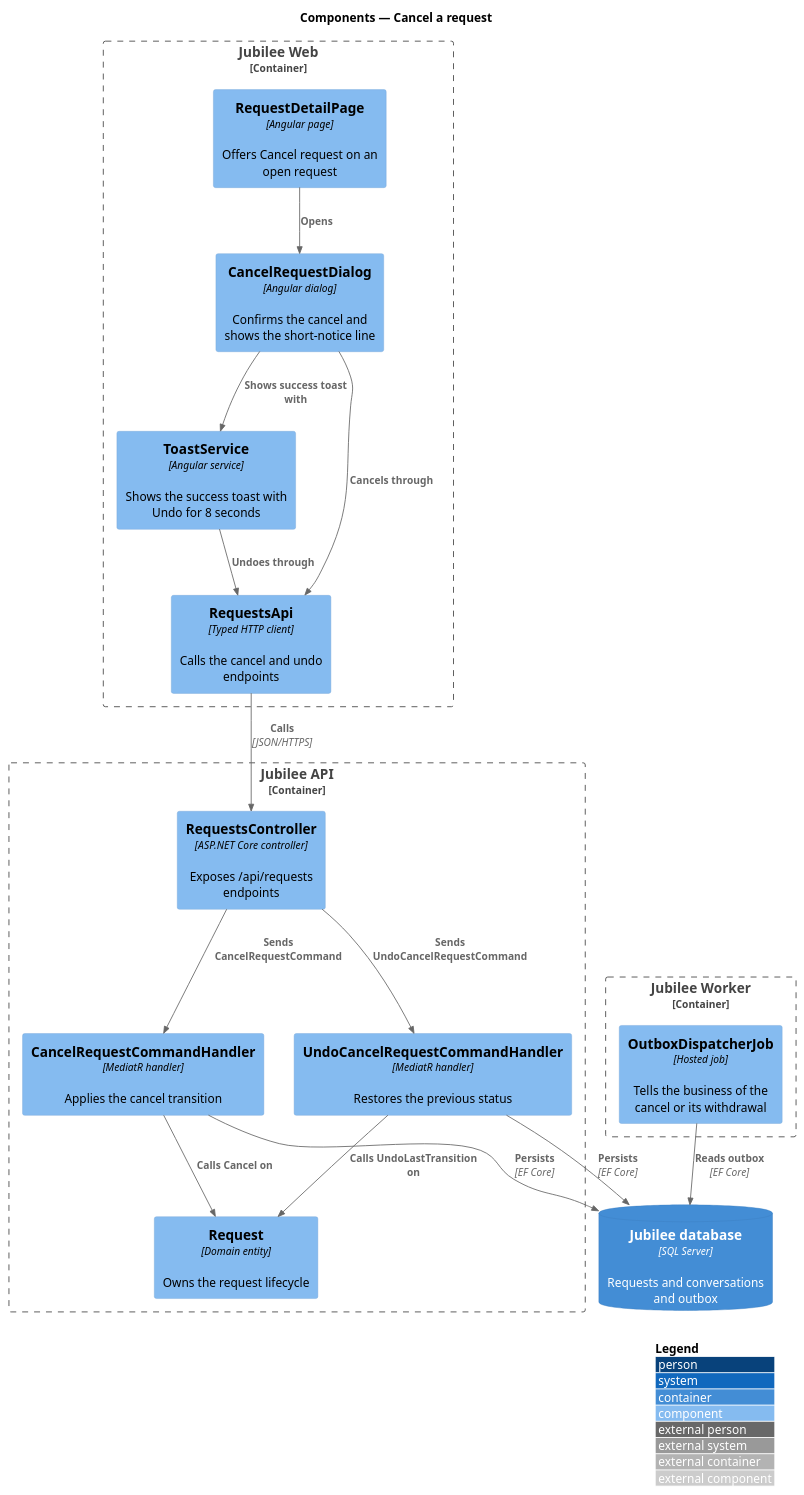
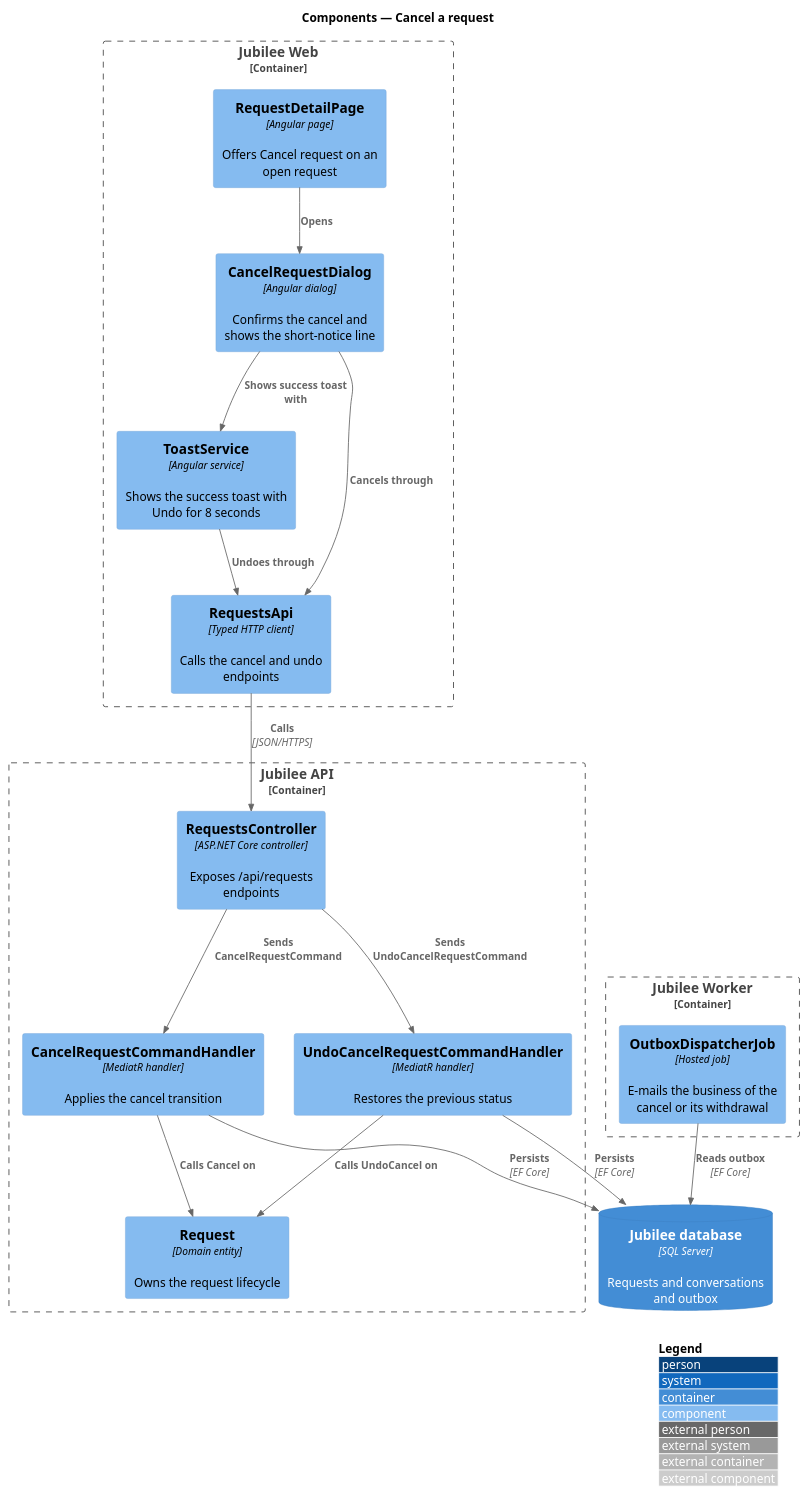
Before and after one commit to QuinntyneBrown/jubilee: the diagram in docs/detailed-designs/requests/cancel-request/diagrams/c4-component.puml, drawn with PlantUML. The commit also changed 28 other files, not shown here.

```diff
--- a/docs/detailed-designs/requests/cancel-request/diagrams/c4-component.puml
+++ b/docs/detailed-designs/requests/cancel-request/diagrams/c4-component.puml
@@ -1,35 +1,35 @@
 @startuml
 !include <C4/C4_Component>
 LAYOUT_WITH_LEGEND()
 title Components — Cancel a request
 
 Container_Boundary(web, "Jubilee Web") {
   Component(page, "RequestDetailPage", "Angular page", "Offers Cancel request on an open request")
   Component(dialog, "CancelRequestDialog", "Angular dialog", "Confirms the cancel and shows the short-notice line")
   Component(toast, "ToastService", "Angular service", "Shows the success toast with Undo for 8 seconds")
   Component(client, "RequestsApi", "Typed HTTP client", "Calls the cancel and undo endpoints")
 }
 Container_Boundary(api, "Jubilee API") {
   Component(ctrl, "RequestsController", "ASP.NET Core controller", "Exposes /api/requests endpoints")
   Component(cancel, "CancelRequestCommandHandler", "MediatR handler", "Applies the cancel transition")
   Component(undo, "UndoCancelRequestCommandHandler", "MediatR handler", "Restores the previous status")
   Component(entity, "Request", "Domain entity", "Owns the request lifecycle")
 }
 Container_Boundary(worker, "Jubilee Worker") {
-  Component(outbox, "OutboxDispatcherJob", "Hosted job", "Tells the business of the cancel or its withdrawal")
+  Component(outbox, "OutboxDispatcherJob", "Hosted job", "E-mails the business of the cancel or its withdrawal")
 }
 ContainerDb(db, "Jubilee database", "SQL Server", "Requests and conversations and outbox")
 
 Rel(page, dialog, "Opens")
 Rel(dialog, client, "Cancels through")
 Rel(dialog, toast, "Shows success toast with")
 Rel(toast, client, "Undoes through")
 Rel(client, ctrl, "Calls", "JSON/HTTPS")
 Rel(ctrl, cancel, "Sends CancelRequestCommand")
 Rel(ctrl, undo, "Sends UndoCancelRequestCommand")
 Rel(cancel, entity, "Calls Cancel on")
-Rel(undo, entity, "Calls UndoLastTransition on")
+Rel(undo, entity, "Calls UndoCancel on")
 Rel(cancel, db, "Persists", "EF Core")
 Rel(undo, db, "Persists", "EF Core")
 Rel(outbox, db, "Reads outbox", "EF Core")
 @enduml
```
